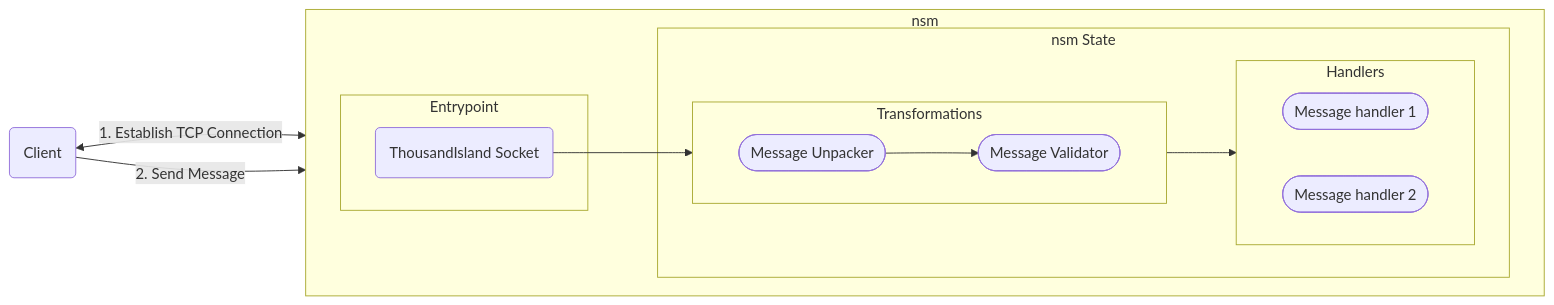
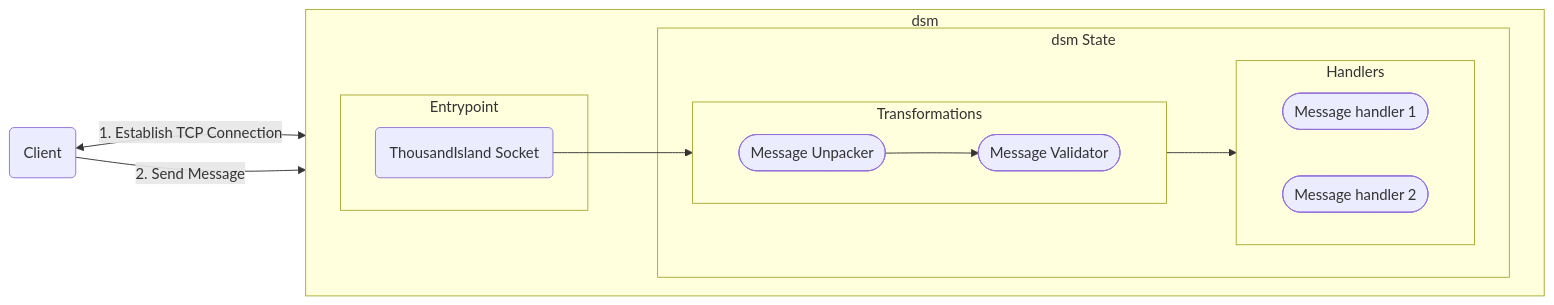
Before and after one commit to rahultumpala/dsm: the diagram in README.md, drawn with Mermaid. The commit also changed other lines of this file and 7 other files, not shown here.

````diff
--- a/README.md
+++ b/README.md
@@ -15,40 +13,40 @@
 ```mermaid
 ---
 config:
     layout: dagre
     theme: mc
     title: NSM Phases
 ---
 flowchart LR
     C(Client)
     
-    subgraph nsm
+    subgraph dsm
         direction LR
 
         subgraph Entrypoint
             S(ThousandIsland Socket)
         end
 
-        subgraph State["nsm State"]
+        subgraph State["dsm State"]
             subgraph Transformations
                 direction LR
                 U@{shape: "stadium", label: "Message Unpacker"}
                 V@{shape: "stadium", label: "Message Validator"}
                 
             end
 
             subgraph Handlers
                 direction LR
                 
                 H@{shape: "stadium", label: "Message handler 1 "}
                 J@{shape: "stadium", label: "Message handler 2 "}
             end
         end
     end
     
     C <--> |1. Establish TCP Connection| S
     C -->  |2. Send Message| S
     S --> Transformations
     U --> V
     Transformations --> Handlers
 ```
````
